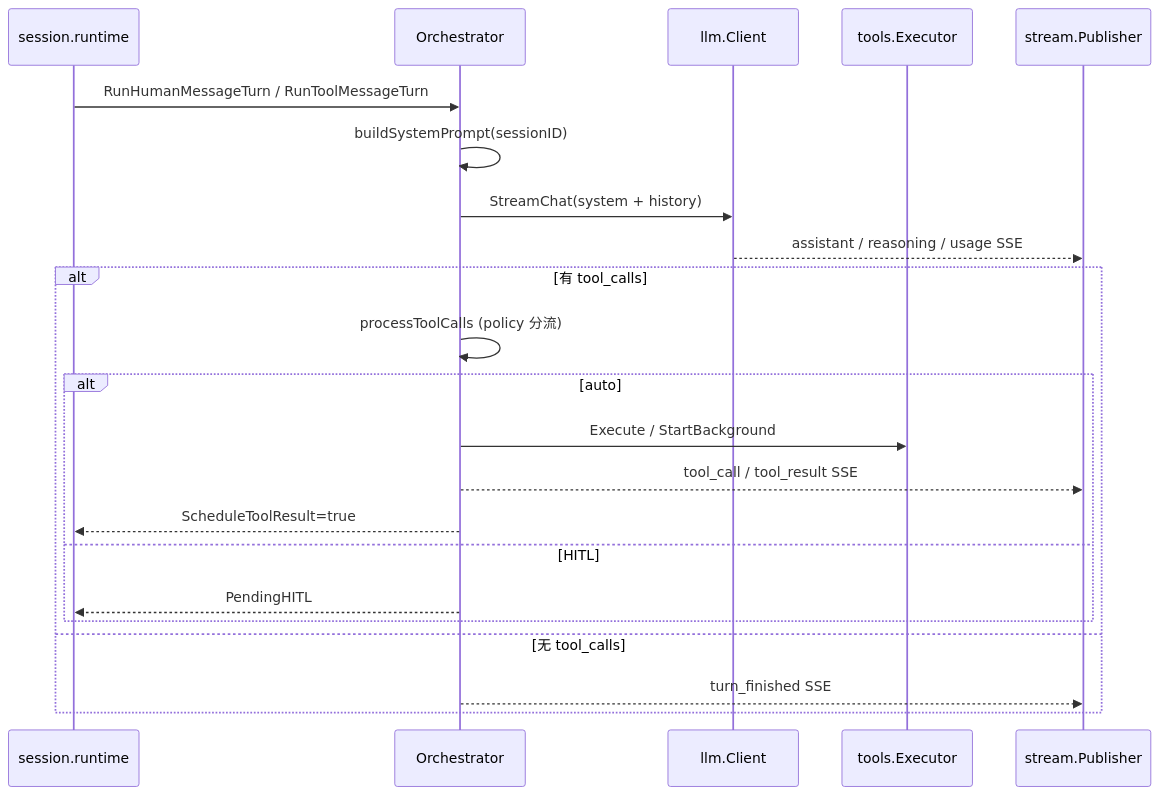
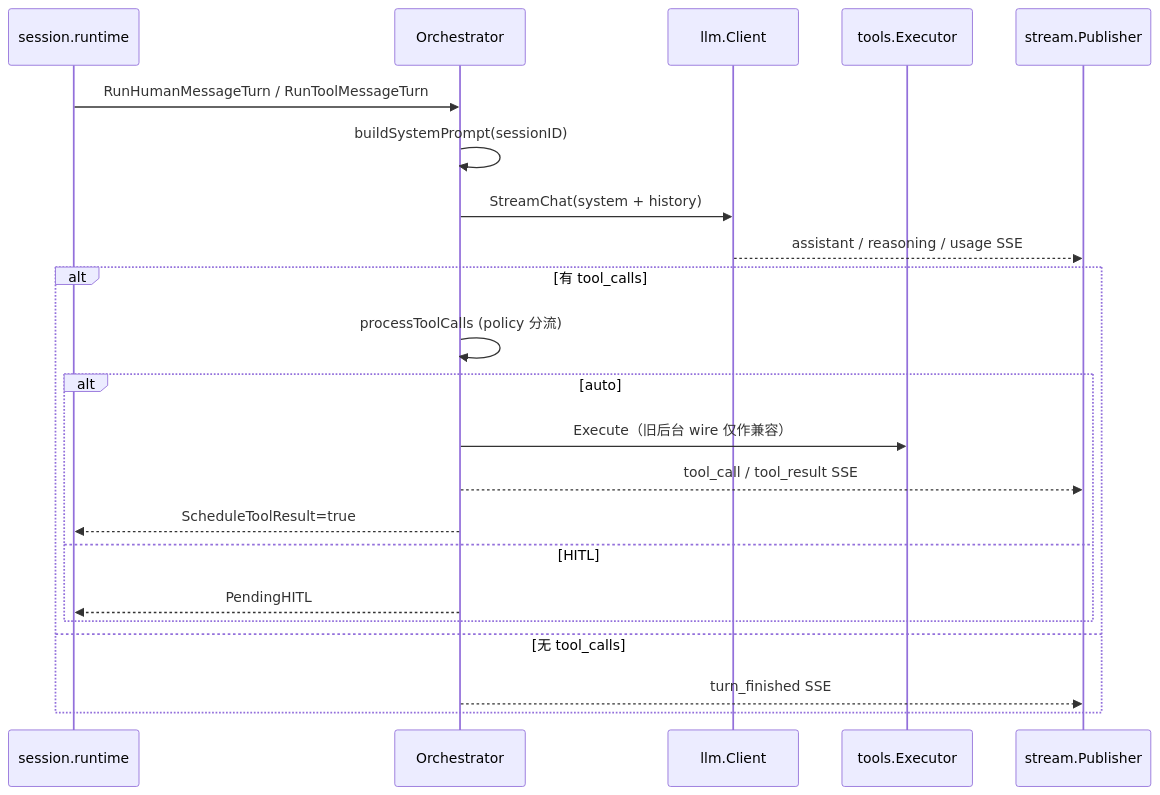
One commit to DGS-ai-team/DAgents changed the diagram in node/internal/turn/README.md. Above: the diagram before and after it, drawn with Mermaid. The commit also changed other lines of this file and 51 other files, not shown here.

````diff
--- a/node/internal/turn/README.md
+++ b/node/internal/turn/README.md
@@ -22,25 +22,25 @@
 ```mermaid
 sequenceDiagram
     participant RT as session.runtime
     participant O as Orchestrator
     participant LLM as llm.Client
     participant T as tools.Executor
     participant H as stream.Publisher
 
     RT->>O: RunHumanMessageTurn / RunToolMessageTurn
     O->>O: buildSystemPrompt(sessionID)
     O->>LLM: StreamChat(system + history)
     LLM-->>H: assistant / reasoning / usage SSE
     alt 有 tool_calls
         O->>O: processToolCalls (policy 分流)
         alt auto
-            O->>T: Execute / StartBackground
+            O->>T: Execute（旧后台 wire 仅作兼容）
             O-->>H: tool_call / tool_result SSE
             O-->>RT: ScheduleToolResult=true
         else HITL
             O-->>RT: PendingHITL
         end
     else 无 tool_calls
         O-->>H: turn_finished SSE
     end
 ```
````
